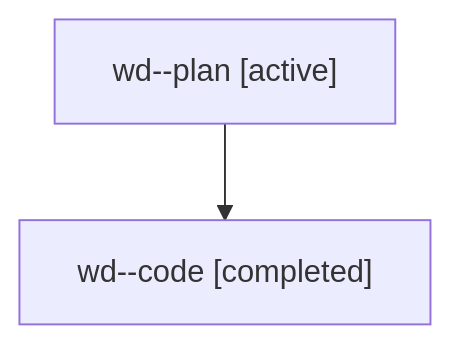
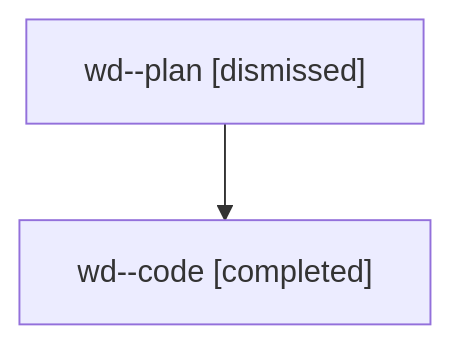
One commit to sase-org/sase--agents changed the diagram in sessions/bbugyi200.athena.wd.md. Above: the diagram before and after it, drawn with Mermaid. The commit also changed other lines of this file and 40 other files, not shown here.

````diff
--- a/sessions/bbugyi200.athena.wd.md
+++ b/sessions/bbugyi200.athena.wd.md
@@ -9,6 +9,6 @@
 ```mermaid
 flowchart TD
-  n0["wd--plan [active]"]
+  n0["wd--plan [dismissed]"]
   n1["wd--code [completed]"]
   n0 --> n1
 ```
````
